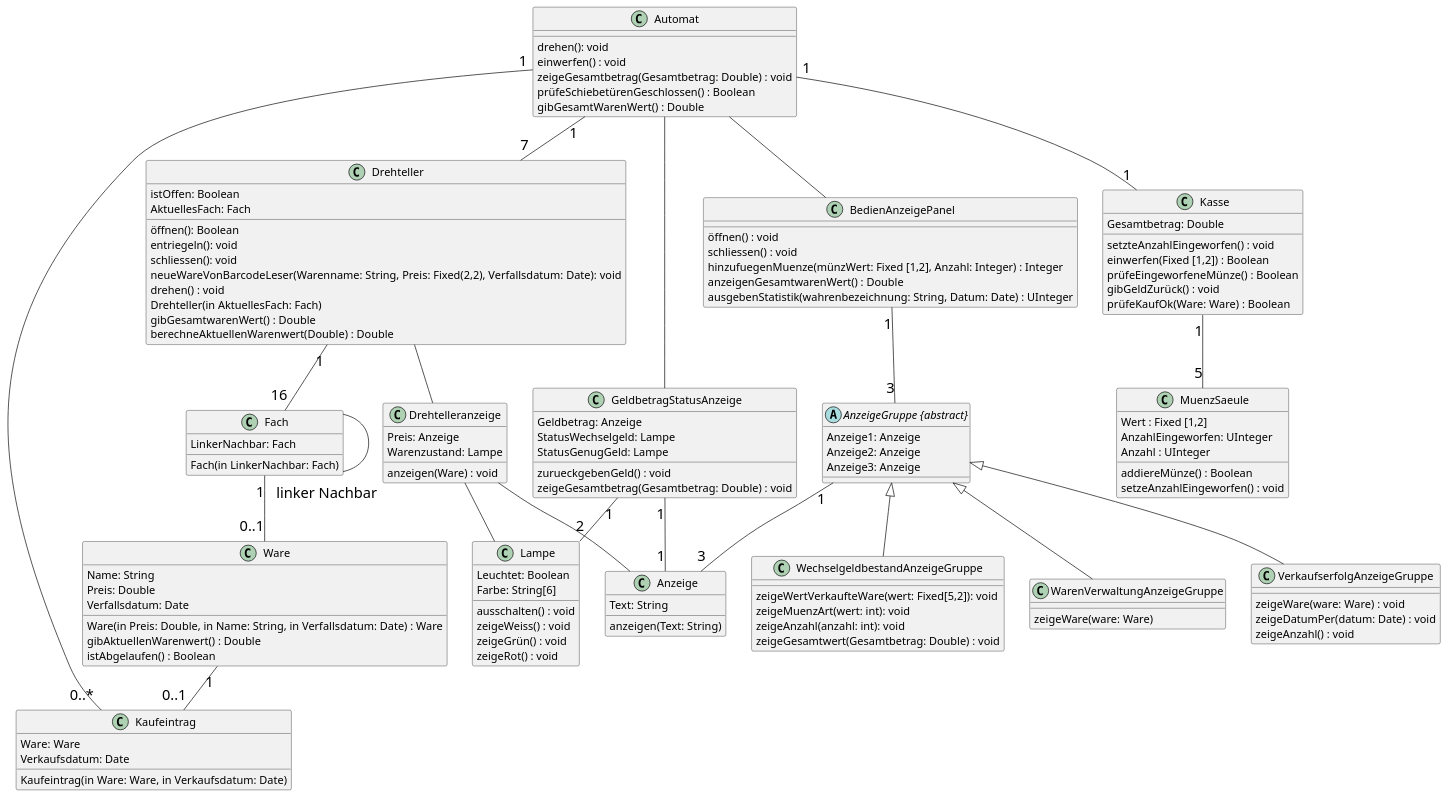
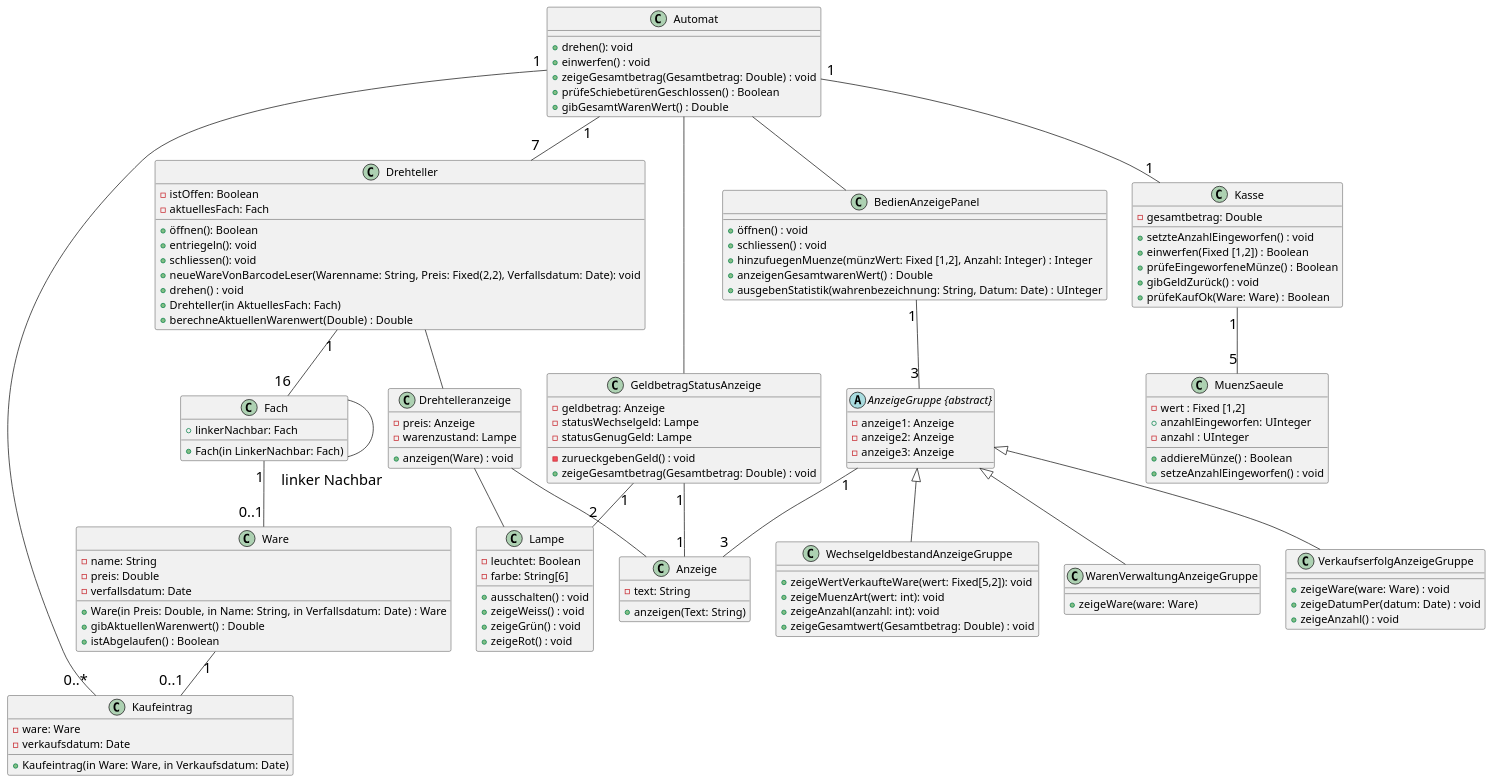
Before and after one commit to egoat/MAS-SE22_Warenautomat2022_Analyse: the second of 5 diagrams in Warenautomat.md, drawn with PlantUML. The commit also changed other lines of this file, not shown here.

Commit message:
Update privat/public, gross/klein und Anmerkung Diagramm

```diff
--- a/Warenautomat.md
+++ b/Warenautomat.md
@@ -86,123 +86,122 @@
 skinparam arrowFontSize 20
 
 class Automat {
-    drehen(): void
-    einwerfen() : void
-    zeigeGesamtbetrag(Gesamtbetrag: Double) : void
-    prüfeSchiebetürenGeschlossen() : Boolean
-    gibGesamtWarenWert() : Double
+    +drehen(): void
+    +einwerfen() : void
+    +zeigeGesamtbetrag(Gesamtbetrag: Double) : void
+    +prüfeSchiebetürenGeschlossen() : Boolean
+    +gibGesamtWarenWert() : Double
 }
 
 class Drehteller {
-    istOffen: Boolean
-    öffnen(): Boolean
-    entriegeln(): void
-    schliessen(): void
-    AktuellesFach: Fach
-    neueWareVonBarcodeLeser(Warenname: String, Preis: Fixed(2,2), Verfallsdatum: Date): void
-    drehen() : void
-    Drehteller(in AktuellesFach: Fach)
-    gibGesamtwarenWert() : Double
-    berechneAktuellenWarenwert(Double) : Double
+    -istOffen: Boolean
+    +öffnen(): Boolean
+    +entriegeln(): void
+    +schliessen(): void
+    -aktuellesFach: Fach
+    +neueWareVonBarcodeLeser(Warenname: String, Preis: Fixed(2,2), Verfallsdatum: Date): void
+    +drehen() : void
+    +Drehteller(in AktuellesFach: Fach)
+    +berechneAktuellenWarenwert(Double) : Double
 }
 
 
 class Fach {
-    LinkerNachbar: Fach
-    Fach(in LinkerNachbar: Fach)
+    +linkerNachbar: Fach
+    +Fach(in LinkerNachbar: Fach)
 }
 
 class Ware {
-    Name: String
-    Preis: Double
-    Verfallsdatum: Date
-    Ware(in Preis: Double, in Name: String, in Verfallsdatum: Date) : Ware
-    gibAktuellenWarenwert() : Double
-    istAbgelaufen() : Boolean
+    -name: String
+    -preis: Double
+    -verfallsdatum: Date
+    +Ware(in Preis: Double, in Name: String, in Verfallsdatum: Date) : Ware
+    +gibAktuellenWarenwert() : Double
+    +istAbgelaufen() : Boolean
 }
 
 class Kaufeintrag {
-    Ware: Ware
-    Verkaufsdatum: Date
-    Kaufeintrag(in Ware: Ware, in Verkaufsdatum: Date)
+    -ware: Ware
+    -verkaufsdatum: Date
+    +Kaufeintrag(in Ware: Ware, in Verkaufsdatum: Date)
 }
 
 class Kasse {
-    Gesamtbetrag: Double
-    setzteAnzahlEingeworfen() : void
-    einwerfen(Fixed [1,2]) : Boolean
-    prüfeEingeworfeneMünze() : Boolean
-    gibGeldZurück() : void
-    prüfeKaufOk(Ware: Ware) : Boolean
+    -gesamtbetrag: Double
+    +setzteAnzahlEingeworfen() : void
+    +einwerfen(Fixed [1,2]) : Boolean
+    +prüfeEingeworfeneMünze() : Boolean
+    +gibGeldZurück() : void
+    +prüfeKaufOk(Ware: Ware) : Boolean
 }
 
 class MuenzSaeule {
-    Wert : Fixed [1,2]
-    AnzahlEingeworfen: UInteger
-    Anzahl : UInteger
-    addiereMünze() : Boolean
-    setzeAnzahlEingeworfen() : void
+    -wert : Fixed [1,2]
+    +anzahlEingeworfen: UInteger
+    -anzahl : UInteger
+    +addiereMünze() : Boolean
+    +setzeAnzahlEingeworfen() : void
 }
 
 class Drehtelleranzeige {
-    Preis: Anzeige
-    Warenzustand: Lampe
-    anzeigen(Ware) : void
+    -preis: Anzeige
+    -warenzustand: Lampe
+    +anzeigen(Ware) : void
 }
 
 class GeldbetragStatusAnzeige{
-    Geldbetrag: Anzeige
-    StatusWechselgeld: Lampe
-    StatusGenugGeld: Lampe
-    zurueckgebenGeld() : void
-    zeigeGesamtbetrag(Gesamtbetrag: Double) : void
+    -geldbetrag: Anzeige
+    -statusWechselgeld: Lampe
+    -statusGenugGeld: Lampe
+    -zurueckgebenGeld() : void
+    +zeigeGesamtbetrag(Gesamtbetrag: Double) : void
 }
 
 class BedienAnzeigePanel{
-    öffnen() : void
-    schliessen() : void
-    hinzufuegenMuenze(münzWert: Fixed [1,2], Anzahl: Integer) : Integer
-    anzeigenGesamtwarenWert() : Double
-    ausgebenStatistik(wahrenbezeichnung: String, Datum: Date) : UInteger
+    +öffnen() : void
+    +schliessen() : void
+    +hinzufuegenMuenze(münzWert: Fixed [1,2], Anzahl: Integer) : Integer
+    +anzeigenGesamtwarenWert() : Double
+    +ausgebenStatistik(wahrenbezeichnung: String, Datum: Date) : UInteger
 }
 
 abstract "AnzeigeGruppe {abstract}"{
-    Anzeige1: Anzeige
-    Anzeige2: Anzeige
-    Anzeige3: Anzeige
+    -anzeige1: Anzeige
+    -anzeige2: Anzeige
+    -anzeige3: Anzeige
 }
 
 class Anzeige{
-    Text: String
-    anzeigen(Text: String)
+    -text: String
+    +anzeigen(Text: String)
 }
 
 class Lampe {
-    Leuchtet: Boolean
-    Farbe: String[6]
-    ausschalten() : void
-    zeigeWeiss() : void
-    zeigeGrün() : void
-    zeigeRot() : void
+    -leuchtet: Boolean
+    -farbe: String[6]
+    +ausschalten() : void
+    +zeigeWeiss() : void
+    +zeigeGrün() : void
+    +zeigeRot() : void
 
 }
 
 
 class WechselgeldbestandAnzeigeGruppe{
-    zeigeWertVerkaufteWare(wert: Fixed[5,2]): void
-    zeigeMuenzArt(wert: int): void
-    zeigeAnzahl(anzahl: int): void
-    zeigeGesamtwert(Gesamtbetrag: Double) : void
+    +zeigeWertVerkaufteWare(wert: Fixed[5,2]): void
+    +zeigeMuenzArt(wert: int): void
+    +zeigeAnzahl(anzahl: int): void
+    +zeigeGesamtwert(Gesamtbetrag: Double) : void
 }
 
 class WarenVerwaltungAnzeigeGruppe{
-    zeigeWare(ware: Ware)
+    +zeigeWare(ware: Ware)
 }
 
 class VerkaufserfolgAnzeigeGruppe {
-    zeigeWare(ware: Ware) : void
-    zeigeDatumPer(datum: Date) : void
-    zeigeAnzahl() : void
+    +zeigeWare(ware: Ware) : void
+    +zeigeDatumPer(datum: Date) : void
+    +zeigeAnzahl() : void
 }
 
 Automat "1" -- "7" Drehteller
```
